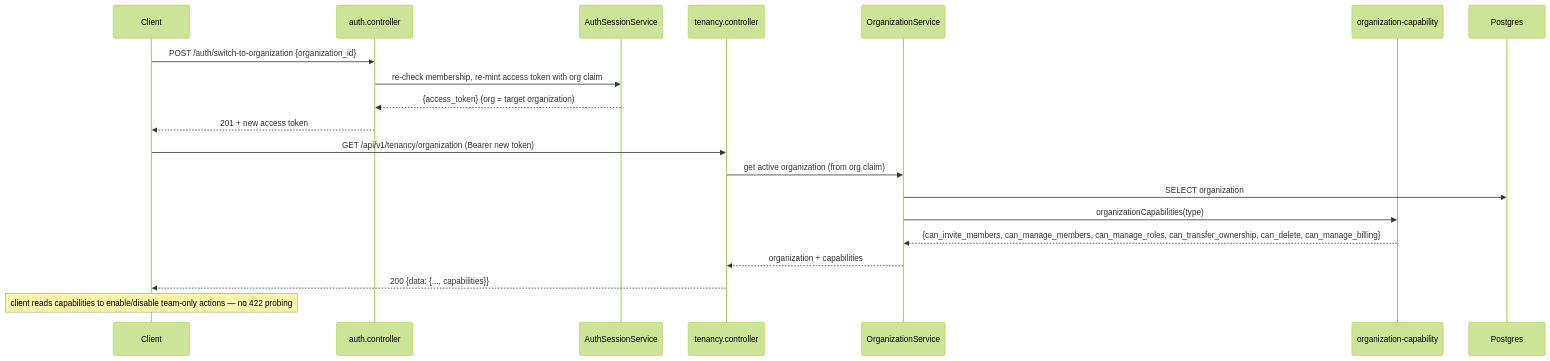
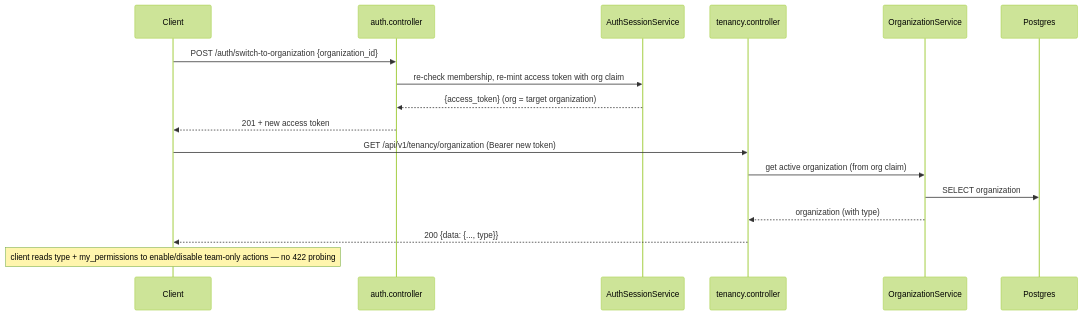
Before and after one commit to nikunjmavani/core-be: the third of 6 diagrams in src/FLOWS.md, drawn with Mermaid (forest theme). The commit also changed other lines of this file and 21 other files, not shown here.

First line of the commit message:
Remove org-type capabilities object; rename /users/me personal_organization

````diff
--- a/src/FLOWS.md
+++ b/src/FLOWS.md
@@ -125,22 +125,19 @@
 ```mermaid
 sequenceDiagram
   participant Client
   participant Auth as auth.controller
   participant Sess as AuthSessionService
   participant Tenancy as tenancy.controller
   participant Org as OrganizationService
-  participant Cap as organization-capability
   participant DB as Postgres
   Client->>Auth: POST /auth/switch-to-organization {organization_id}
   Auth->>Sess: re-check membership, re-mint access token with org claim
   Sess-->>Auth: {access_token} (org = target organization)
   Auth-->>Client: 201 + new access token
   Client->>Tenancy: GET /api/v1/tenancy/organization (Bearer new token)
   Tenancy->>Org: get active organization (from org claim)
   Org->>DB: SELECT organization
-  Org->>Cap: organizationCapabilities(type)
-  Cap-->>Org: {can_invite_members, can_manage_members, can_manage_roles, can_transfer_ownership, can_delete, can_manage_billing}
-  Org-->>Tenancy: organization + capabilities
-  Tenancy-->>Client: 200 {data: {..., capabilities}}
-  Note over Client: client reads capabilities to enable/disable team-only actions — no 422 probing
+  Org-->>Tenancy: organization (with type)
+  Tenancy-->>Client: 200 {data: {..., type}}
+  Note over Client: client reads type + my_permissions to enable/disable team-only actions — no 422 probing
 ```
````
